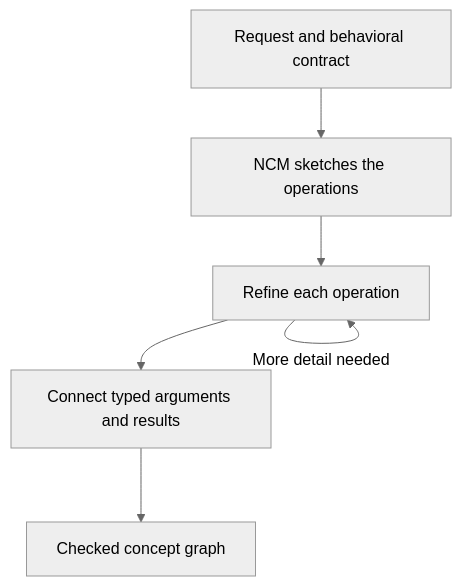
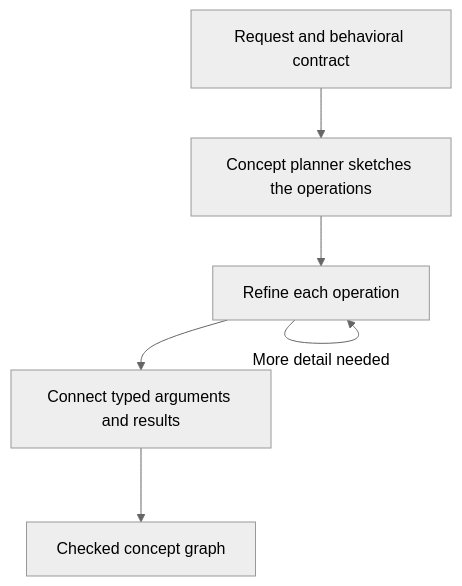
The first of 6 diagrams in docs/Subsystems.md (Kian-hdr/lore-demo), drawn with Mermaid (neutral theme) before and after one commit. The commit also changed other lines of this file and 5 other files, not shown here.

Commit message:
IND-312 explain concept hierarchy with original Mermaid pyramids

````diff
--- a/docs/Subsystems.md
+++ b/docs/Subsystems.md
@@ -11,8 +11,8 @@
 ```mermaid
 flowchart TD
-    A["Request and behavioral contract"] --> B["NCM sketches the operations"]
+    A["Request and behavioral contract"] --> B["Concept planner sketches the operations"]
     B --> C["Refine each operation"]
     C --> D["Connect typed arguments and results"]
     D --> E["Checked concept graph"]
     C -->|More detail needed| C
 ```
````
